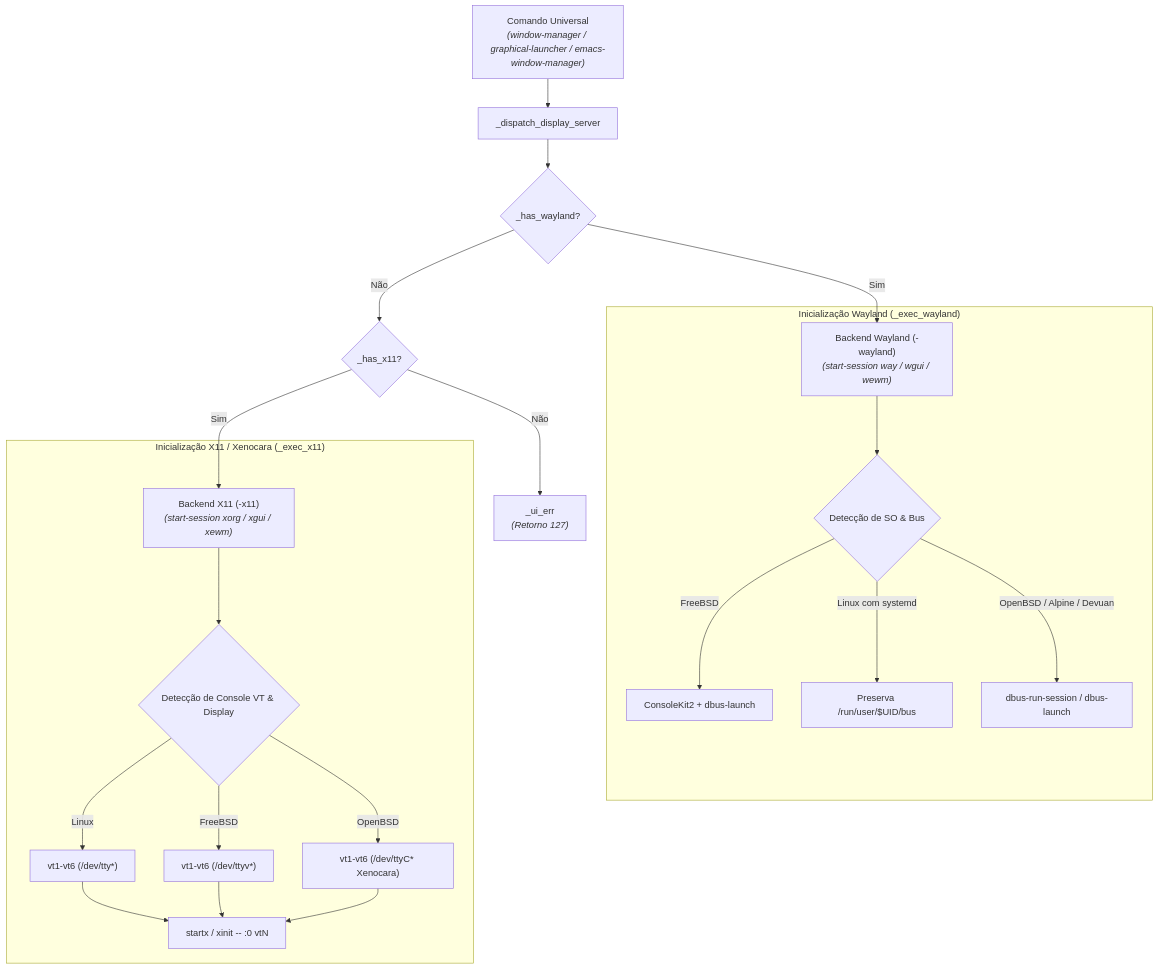
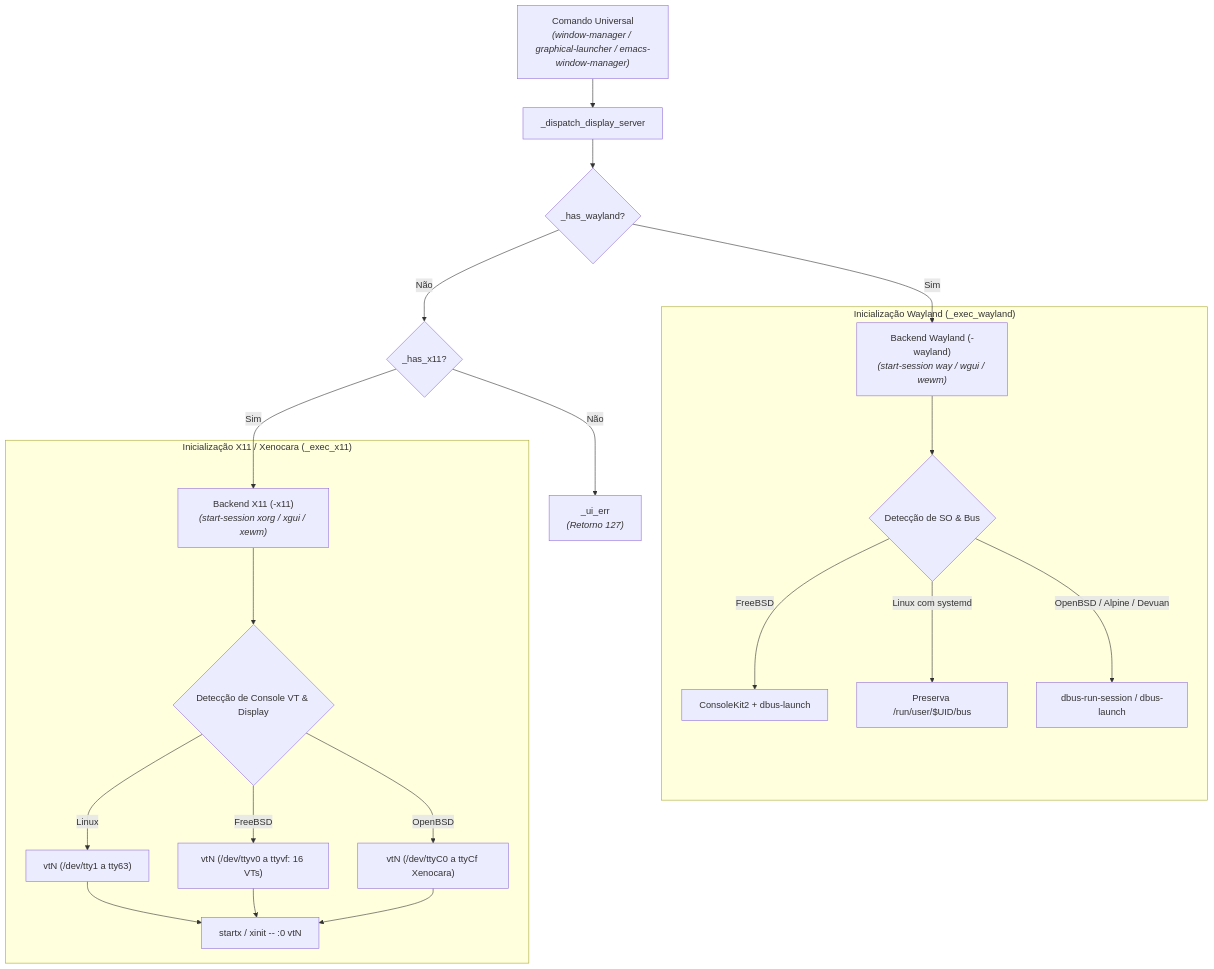
One commit to GabrielFrigo4/shell changed the fourth of 4 diagrams in docs/ARCHITECTURE.md. Above: the diagram before and after it, drawn with Mermaid. The commit also changed other lines of this file and 1 other file, not shown here.

````diff
--- a/docs/ARCHITECTURE.md
+++ b/docs/ARCHITECTURE.md
@@ -178,28 +178,28 @@
 ```mermaid
 flowchart TD
     CMD["Comando Universal<br/><i>(window-manager / graphical-launcher / emacs-window-manager)</i>"] --> DISPATCH["_dispatch_display_server"]
 
     DISPATCH --> PROBE_W{"_has_wayland?"}
     PROBE_W -->|Sim| W_EXEC["Backend Wayland (-wayland)<br/><i>(start-session way / wgui / wewm)</i>"]
     PROBE_W -->|Não| PROBE_X{"_has_x11?"}
 
     PROBE_X -->|Sim| X_EXEC["Backend X11 (-x11)<br/><i>(start-session xorg / xgui / xewm)</i>"]
     PROBE_X -->|Não| ERR["_ui_err<br/><i>(Retorno 127)</i>"]
 
     subgraph W_INIT ["Inicialização Wayland (_exec_wayland)"]
         W_EXEC --> W_CHK{"Detecção de SO & Bus"}
         W_CHK -->|FreeBSD| CK["ConsoleKit2 + dbus-launch"]
         W_CHK -->|Linux com systemd| SYSBUS["Preserva /run/user/$UID/bus"]
         W_CHK -->|OpenBSD / Alpine / Devuan| DBRUN["dbus-run-session / dbus-launch"]
     end
 
     subgraph X_INIT ["Inicialização X11 / Xenocara (_exec_x11)"]
         X_EXEC --> X_CHK{"Detecção de Console VT & Display"}
-        X_CHK -->|Linux| LVT["vt1-vt6 (/dev/tty*)"]
-        X_CHK -->|FreeBSD| BVT["vt1-vt6 (/dev/ttyv*)"]
-        X_CHK -->|OpenBSD| OVT["vt1-vt6 (/dev/ttyC* Xenocara)"]
+        X_CHK -->|Linux| LVT["vtN (/dev/tty1 a tty63)"]
+        X_CHK -->|FreeBSD| BVT["vtN (/dev/ttyv0 a ttyvf: 16 VTs)"]
+        X_CHK -->|OpenBSD| OVT["vtN (/dev/ttyC0 a ttyCf Xenocara)"]
         LVT --> XSTART["startx / xinit -- :0 vtN"]
         BVT --> XSTART
         OVT --> XSTART
     end
 ```
````
